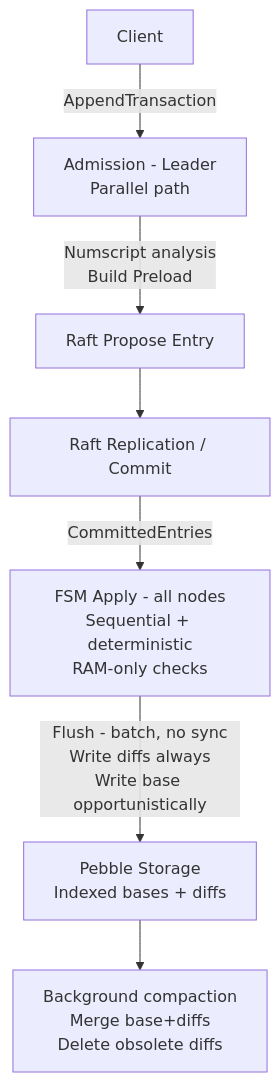
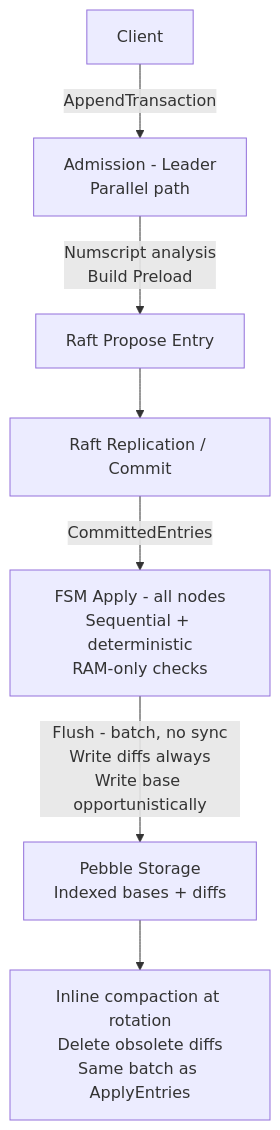
Before and after one commit to formancehq/ledger: the second of 3 diagrams in docs/architecture/deterministic-fsm.md, drawn with Mermaid. The commit also changed other lines of this file and 14 other files, not shown here.

First line of the commit message:
refactor: remove background compactor, use inline compaction only

````diff
--- a/docs/architecture/deterministic-fsm.md
+++ b/docs/architecture/deterministic-fsm.md
@@ -562,9 +554,9 @@
 ```mermaid
 flowchart TD
   C[Client] -->|AppendTransaction| A[Admission - Leader<br/>Parallel path]
   A -->|Numscript analysis<br/>Build Preload| P[Raft Propose Entry]
   P --> R[Raft Replication / Commit]
   R -->|CommittedEntries| F[FSM Apply - all nodes<br/>Sequential + deterministic<br/>RAM-only checks]
   F -->|Flush - batch, no sync<br/>Write diffs always<br/>Write base opportunistically| S[Pebble Storage<br/>Indexed bases + diffs]
-  S --> BG[Background compaction<br/>Merge base+diffs<br/>Delete obsolete diffs]
+  S --> BG[Inline compaction at rotation<br/>Delete obsolete diffs<br/>Same batch as ApplyEntries]
 ```
````
